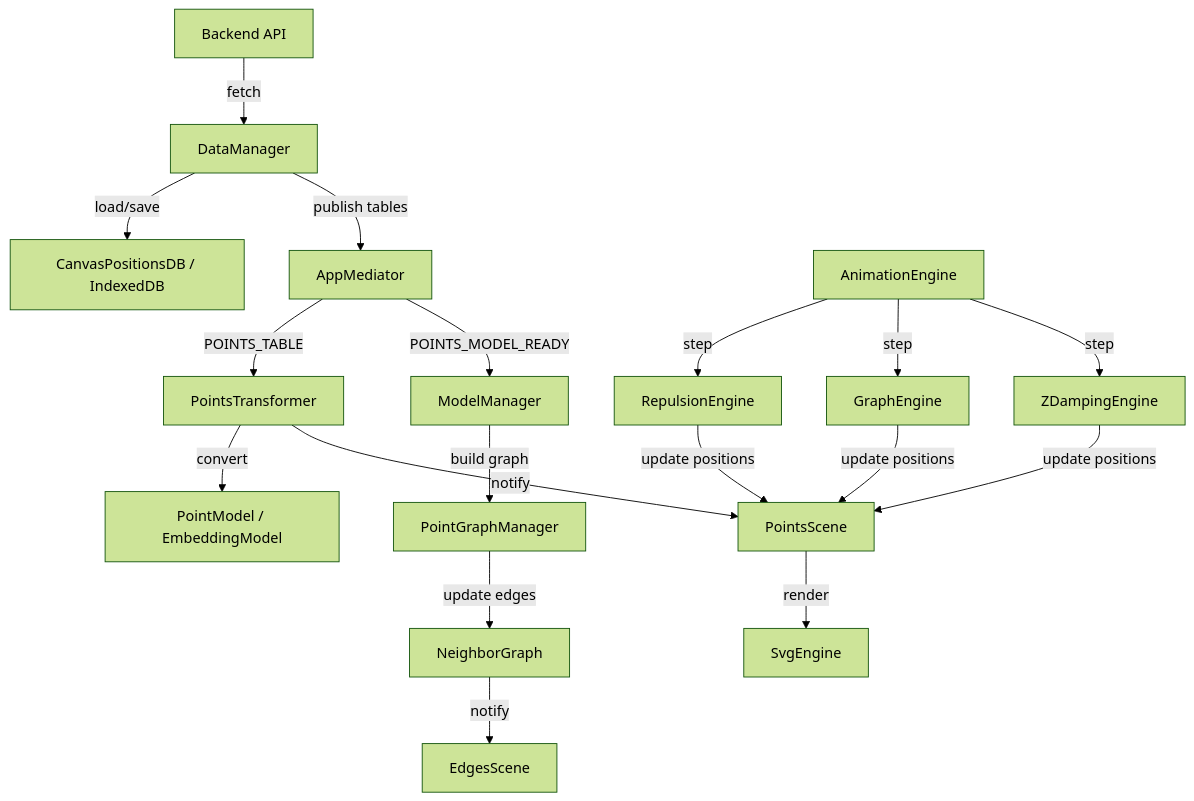
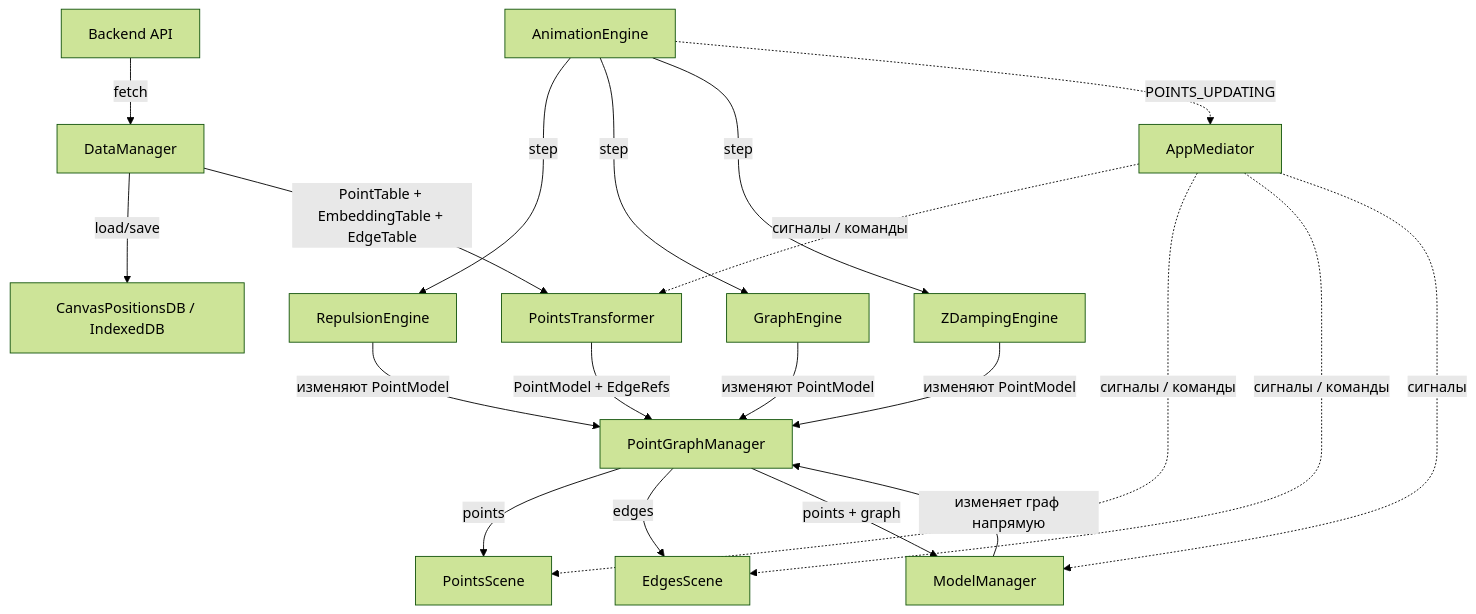
Before and after one commit to ZifRoot/dw: the diagram in packages/client/README.md, drawn with Mermaid (forest theme). The commit also changed other lines of this file, not shown here.

Commit message:
docs(client): update mediator data flow diagram and audit

````diff
--- a/packages/client/README.md
+++ b/packages/client/README.md
@@ -149,20 +153,24 @@
 ```mermaid
 graph TD
     A[Backend API] -->|fetch| B[DataManager]
     B -->|load/save| C[CanvasPositionsDB / IndexedDB]
-    B -->|publish tables| D[AppMediator]
-    D -->|POINTS_TABLE| E[PointsTransformer]
-    E -->|convert| F[PointModel / EmbeddingModel]
-    E -->|notify| G[PointsScene]
-    G -->|render| H[SvgEngine]
-    
-    D -->|POINTS_MODEL_READY| I[ModelManager]
-    I -->|build graph| J[PointGraphManager]
-    J -->|update edges| K[NeighborGraph]
-    K -->|notify| L[EdgesScene]
-    
-    M[AnimationEngine] -->|step| N[RepulsionEngine]
-    M -->|step| O[GraphEngine]
-    M -->|step| P[ZDampingEngine]
-    N & O & P -->|update positions| G
+    B -->|PointTable + EmbeddingTable + EdgeTable| D[PointsTransformer]
+    D -->|PointModel + EdgeRefs| E[PointGraphManager]
+
+    E -->|points| F[PointsScene]
+    E -->|edges| G[EdgesScene]
+    E -->|points + graph| H[ModelManager]
+
+    H -->|изменяет граф напрямую| E
+
+    M[AppMediator] -.->|сигналы / команды| D
+    M -.->|сигналы / команды| F
+    M -.->|сигналы / команды| G
+    M -.->|сигналы| H
+
+    I[AnimationEngine] -->|step| J[RepulsionEngine]
+    I -->|step| K[GraphEngine]
+    I -->|step| L[ZDampingEngine]
+    J & K & L -->|изменяют PointModel| E
+    I -.->|POINTS_UPDATING| M
 ```
````
